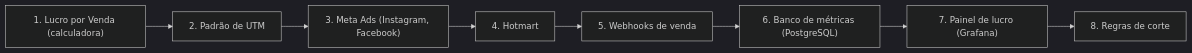
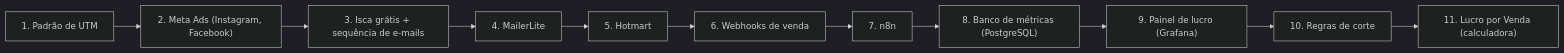
Before and after one commit to AlanMateus17/dev-setup: the ninth of 13 diagrams in docs/fluxos.md, drawn with Mermaid (dark theme). The commit also changed other lines of this file and 38 other files, not shown here.

````diff
--- a/docs/fluxos.md
+++ b/docs/fluxos.md
@@ -258,18 +252,24 @@
 ```mermaid
 flowchart LR
-  s0["1. Lucro por Venda (calculadora)"]
-  s1["2. Padrão de UTM"]
-  s2["3. Meta Ads (Instagram, Facebook)"]
-  s3["4. Hotmart"]
-  s4["5. Webhooks de venda"]
-  s5["6. Banco de métricas (PostgreSQL)"]
-  s6["7. Painel de lucro (Grafana)"]
-  s7["8. Regras de corte"]
+  s0["1. Padrão de UTM"]
+  s1["2. Meta Ads (Instagram, Facebook)"]
+  s2["3. Isca grátis + sequência de e-mails"]
+  s3["4. MailerLite"]
+  s4["5. Hotmart"]
+  s5["6. Webhooks de venda"]
+  s6["7. n8n"]
+  s7["8. Banco de métricas (PostgreSQL)"]
+  s8["9. Painel de lucro (Grafana)"]
+  s9["10. Regras de corte"]
+  s10["11. Lucro por Venda (calculadora)"]
   s0 --> s1
   s1 --> s2
   s2 --> s3
   s3 --> s4
   s4 --> s5
   s5 --> s6
   s6 --> s7
+  s7 --> s8
+  s8 --> s9
+  s9 --> s10
 ```
````
